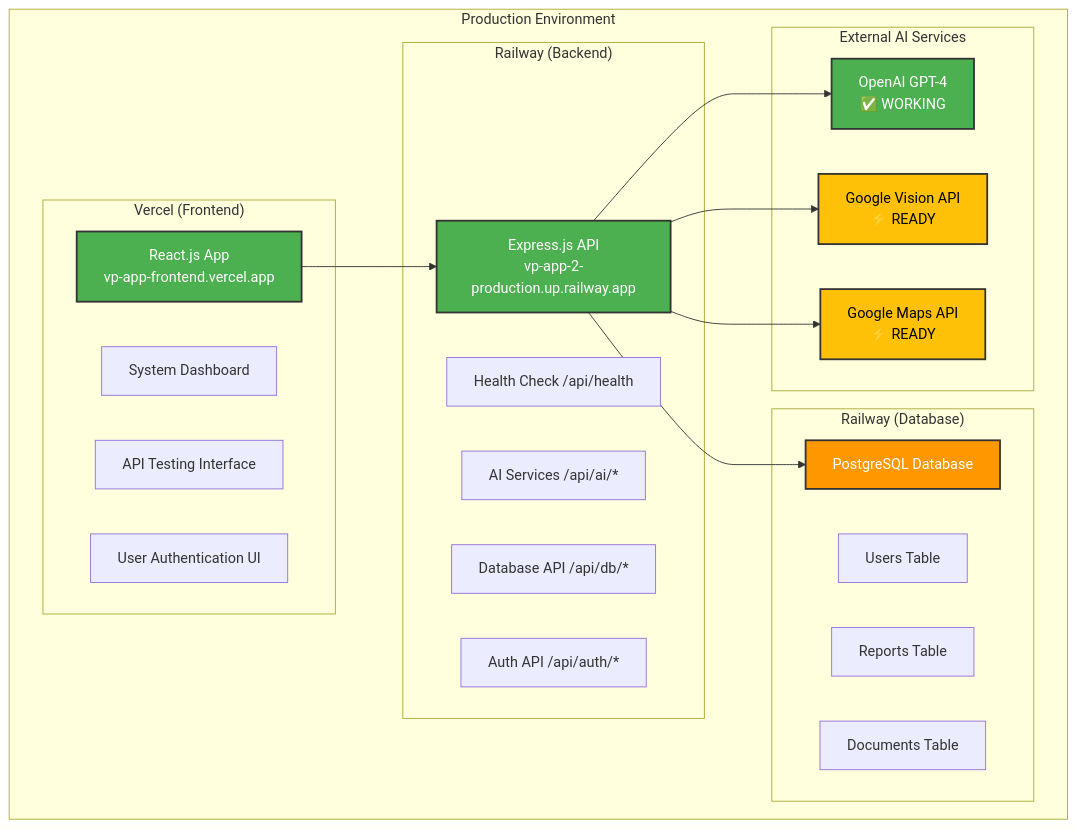
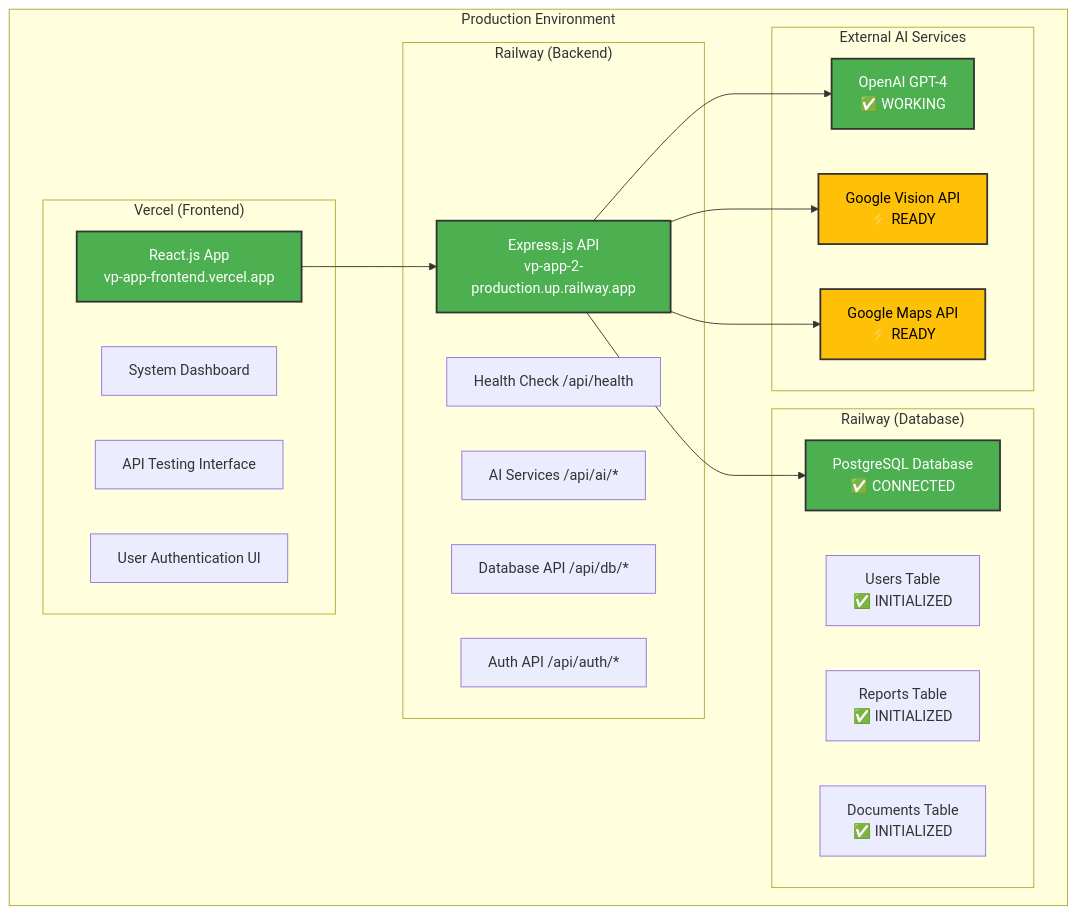
One commit to Malith-nethsiri/VP-app-2 changed the diagram in DEPLOYMENT_MASTER_PLAN_V2.md. Above: the diagram before and after it, drawn with Mermaid. The commit also changed other lines of this file, not shown here.

First line of the commit message:
🎉 MAJOR MILESTONE: Database Integration Complete!

````diff
--- a/DEPLOYMENT_MASTER_PLAN_V2.md
+++ b/DEPLOYMENT_MASTER_PLAN_V2.md
@@ -107,45 +115,45 @@
 ```mermaid
 graph TB
     subgraph "Production Environment"
         subgraph "Vercel (Frontend)"
             A[React.js App<br/>vp-app-frontend.vercel.app]
             A1[System Dashboard]
             A2[API Testing Interface]
             A3[User Authentication UI]
         end
 
         subgraph "Railway (Backend)"
             B[Express.js API<br/>vp-app-2-production.up.railway.app]
             B1[Health Check /api/health]
             B2[AI Services /api/ai/*]
             B3[Database API /api/db/*]
             B4[Auth API /api/auth/*]
         end
 
         subgraph "Railway (Database)"
-            C[PostgreSQL Database]
-            C1[Users Table]
-            C2[Reports Table]
-            C3[Documents Table]
+            C[PostgreSQL Database<br/>✅ CONNECTED]
+            C1[Users Table<br/>✅ INITIALIZED]
+            C2[Reports Table<br/>✅ INITIALIZED]
+            C3[Documents Table<br/>✅ INITIALIZED]
         end
 
         subgraph "External AI Services"
             D[OpenAI GPT-4<br/>✅ WORKING]
             E[Google Vision API<br/>⚡ READY]
             F[Google Maps API<br/>⚡ READY]
         end
     end
 
     A --> B
     B --> C
     B --> D
     B --> E
     B --> F
 
     style A fill:#4CAF50,stroke:#333,stroke-width:2px,color:#fff
     style B fill:#4CAF50,stroke:#333,stroke-width:2px,color:#fff
-    style C fill:#FF9800,stroke:#333,stroke-width:2px,color:#fff
+    style C fill:#4CAF50,stroke:#333,stroke-width:2px,color:#fff
     style D fill:#4CAF50,stroke:#333,stroke-width:2px,color:#fff
     style E fill:#FFC107,stroke:#333,stroke-width:2px,color:#000
     style F fill:#FFC107,stroke:#333,stroke-width:2px,color:#000
 ```
````
